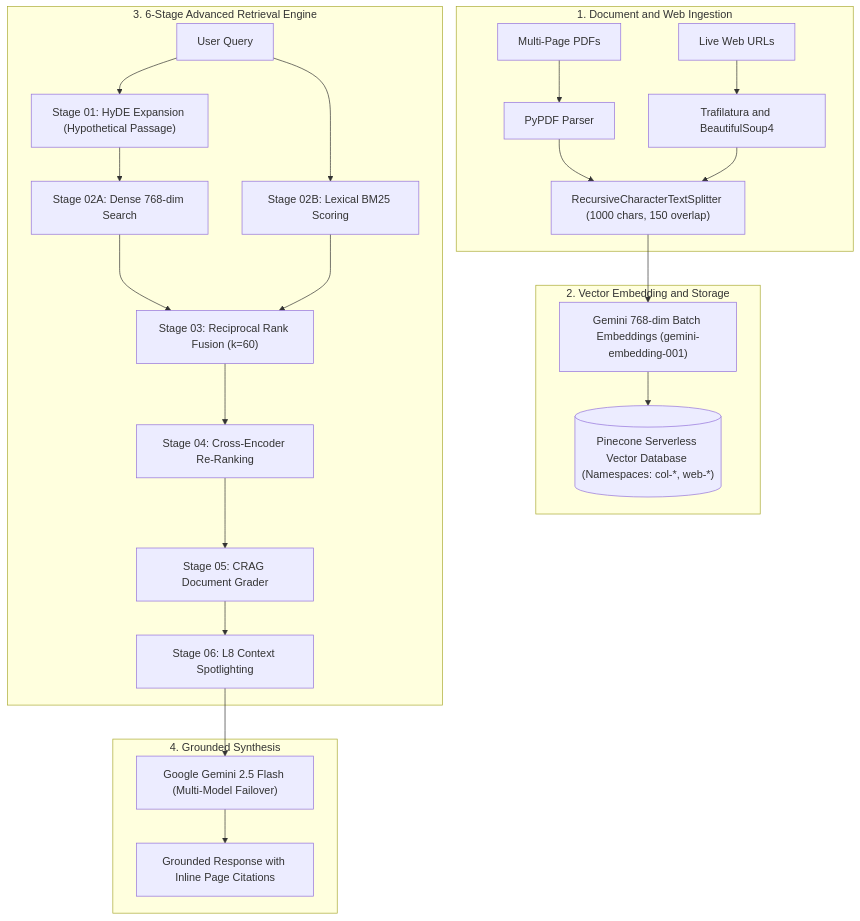
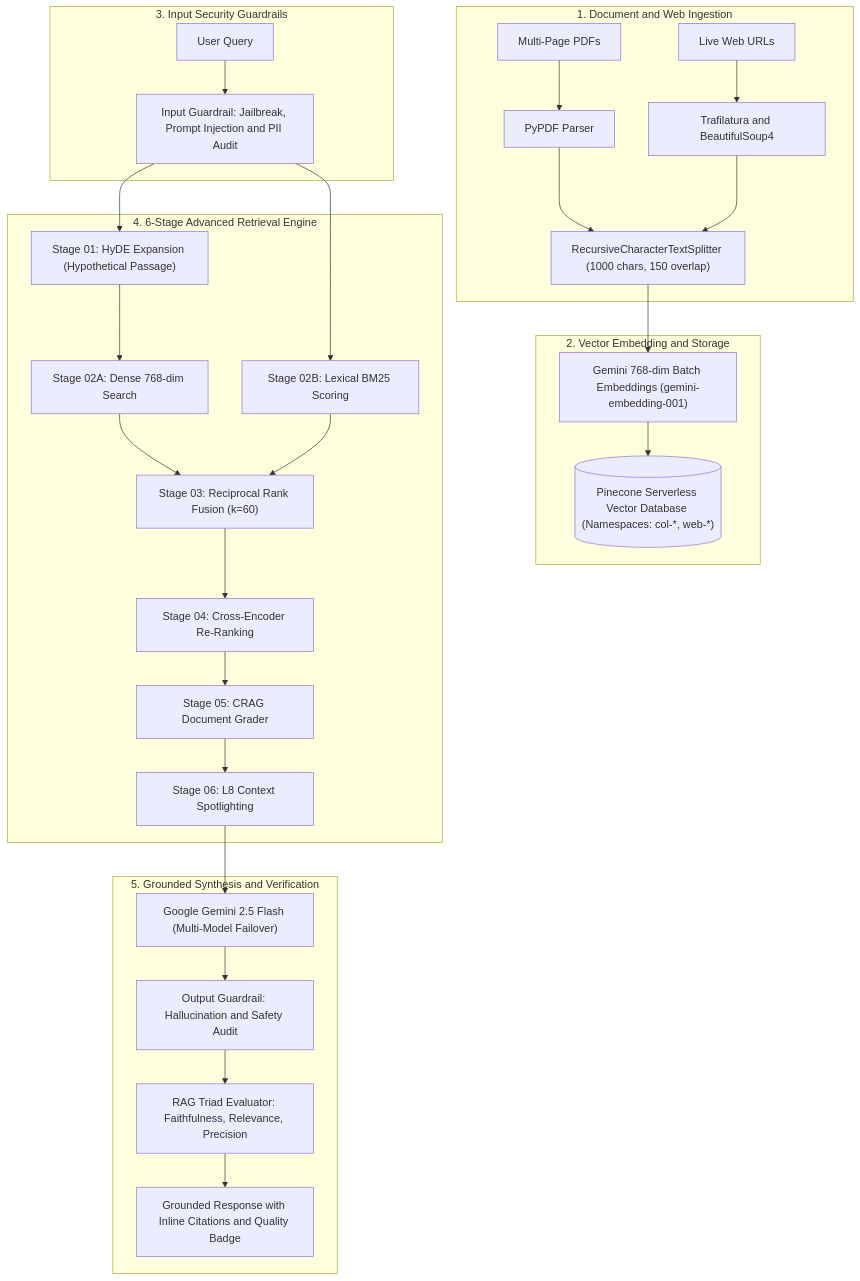
The diagram in readme.md (Pradeepks01/PDF-AI), drawn with Mermaid before and after one commit. The commit also changed other lines of this file and 15 other files, not shown here.

````diff
--- a/readme.md
+++ b/readme.md
@@ -25,29 +31,35 @@
 ```mermaid
 flowchart TD
     subgraph INGESTION["1. Document and Web Ingestion"]
         PDF["Multi-Page PDFs"] --> PyPDF["PyPDF Parser"]
         WEB["Live Web URLs"] --> Traf["Trafilatura and BeautifulSoup4"]
         PyPDF --> Chunk["RecursiveCharacterTextSplitter (1000 chars, 150 overlap)"]
         Traf --> Chunk
     end
 
     subgraph VECTOR_STORE["2. Vector Embedding and Storage"]
         Chunk --> BatchEmb["Gemini 768-dim Batch Embeddings (gemini-embedding-001)"]
         BatchEmb --> Pinecone[("Pinecone Serverless Vector Database (Namespaces: col-*, web-*)")]
     end
 
-    subgraph SOTA_PIPELINE["3. 6-Stage Advanced Retrieval Engine"]
-        UserQuery["User Query"] --> HyDE["Stage 01: HyDE Expansion (Hypothetical Passage)"]
+    subgraph GUARDRAILS_INPUT["3. Input Security Guardrails"]
+        UserQuery["User Query"] --> GuardIn["Input Guardrail: Jailbreak, Prompt Injection and PII Audit"]
+    end
+
+    subgraph SOTA_PIPELINE["4. 6-Stage Advanced Retrieval Engine"]
+        GuardIn --> HyDE["Stage 01: HyDE Expansion (Hypothetical Passage)"]
         HyDE --> Dense["Stage 02A: Dense 768-dim Search"]
-        UserQuery --> Sparse["Stage 02B: Lexical BM25 Scoring"]
+        GuardIn --> Sparse["Stage 02B: Lexical BM25 Scoring"]
         Dense & Sparse --> RRF["Stage 03: Reciprocal Rank Fusion (k=60)"]
         RRF --> CrossEnc["Stage 04: Cross-Encoder Re-Ranking"]
         CrossEnc --> CRAG["Stage 05: CRAG Document Grader"]
         CRAG --> Spotlight["Stage 06: L8 Context Spotlighting"]
     end
 
-    subgraph SYNTHESIS["4. Grounded Synthesis"]
+    subgraph SYNTHESIS["5. Grounded Synthesis and Verification"]
         Spotlight --> Gemini["Google Gemini 2.5 Flash (Multi-Model Failover)"]
-        Gemini --> Response["Grounded Response with Inline Page Citations"]
+        Gemini --> GuardOut["Output Guardrail: Hallucination and Safety Audit"]
+        GuardOut --> Eval["RAG Triad Evaluator: Faithfulness, Relevance, Precision"]
+        Eval --> Response["Grounded Response with Inline Citations and Quality Badge"]
     end
 ```
````
